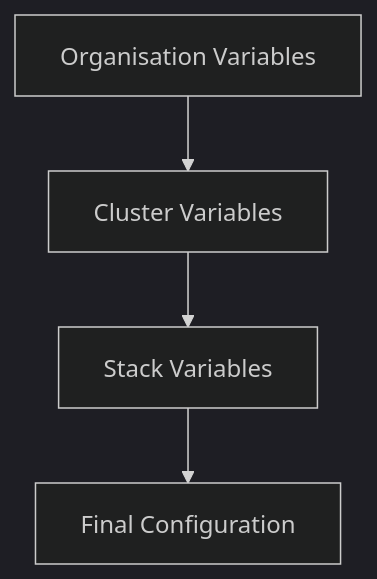
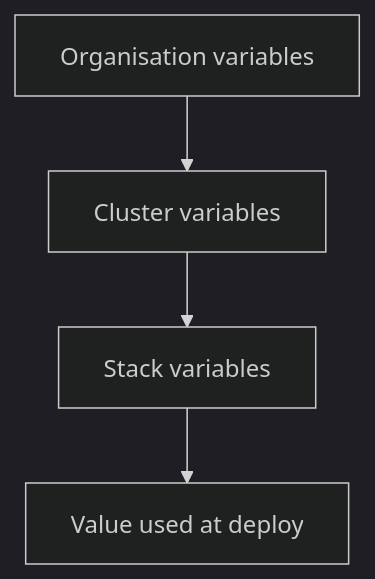
Before and after one commit to ankraio/ankra-docs: the diagram in concepts/variables.mdx, drawn with Mermaid (dark theme). The commit also changed other lines of this file and 5 other files, not shown here.

````diff
--- a/concepts/variables.mdx
+++ b/concepts/variables.mdx
@@ -16,6 +14,6 @@
 ```mermaid
 flowchart TD
-    Org[Organisation Variables] --> Cluster[Cluster Variables]
-    Cluster --> Stack[Stack Variables]
-    Stack --> Final[Final Configuration]
+    Org[Organisation variables] --> Cluster[Cluster variables]
+    Cluster --> Stack[Stack variables]
+    Stack --> Final[Value used at deploy]
 ```
````
